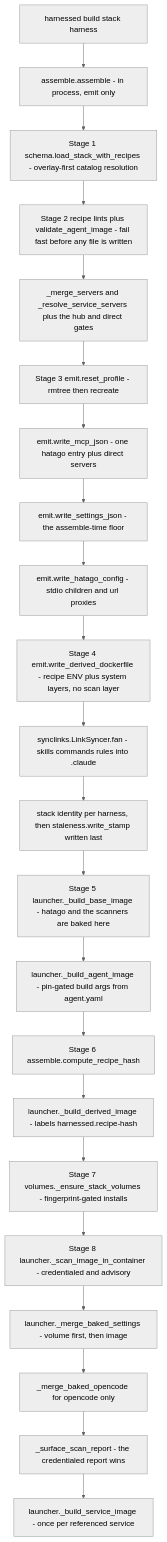
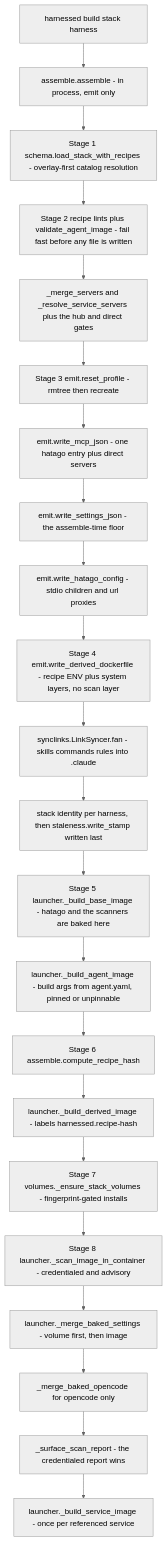
One commit to drmikecrowe/harnessed changed the diagram in openwiki/workflows/build.md. Above: the diagram before and after it, drawn with Mermaid (neutral theme). The commit also changed other lines of this file and 50 other files, not shown here.

````diff
--- a/openwiki/workflows/build.md
+++ b/openwiki/workflows/build.md
@@ -79,24 +83,24 @@
 ```mermaid
 flowchart TD
     cli["harnessed build stack harness"] --> asm["assemble.assemble - in process, emit only"]
     asm --> load["Stage 1 schema.load_stack_with_recipes - overlay-first catalog resolution"]
     load --> lint["Stage 2 recipe lints plus validate_agent_image - fail fast before any file is written"]
     lint --> srv["_merge_servers and _resolve_service_servers plus the hub and direct gates"]
     srv --> reset["Stage 3 emit.reset_profile - rmtree then recreate"]
     reset --> mcp["emit.write_mcp_json - one hatago entry plus direct servers"]
     mcp --> floor["emit.write_settings_json - the assemble-time floor"]
     floor --> hatago["emit.write_hatago_config - stdio children and url proxies"]
     hatago --> dock["Stage 4 emit.write_derived_dockerfile - recipe ENV plus system layers, no scan layer"]
     dock --> fan["synclinks.LinkSyncer.fan - skills commands rules into .claude"]
     fan --> identity["stack identity per harness, then staleness.write_stamp written last"]
     identity --> base["Stage 5 launcher._build_base_image - hatago and the scanners are baked here"]
-    base --> agent["launcher._build_agent_image - pin-gated build args from agent.yaml"]
+    base --> agent["launcher._build_agent_image - build args from agent.yaml, pinned or unpinnable"]
     agent --> rh["Stage 6 assemble.compute_recipe_hash"]
     rh --> derived["launcher._build_derived_image - labels harnessed.recipe-hash"]
     derived --> vols["Stage 7 volumes._ensure_stack_volumes - fingerprint-gated installs"]
     vols --> scan["Stage 8 launcher._scan_image_in_container - credentialed and advisory"]
     scan --> settings["launcher._merge_baked_settings - volume first, then image"]
     settings --> open["_merge_baked_opencode for opencode only"]
     open --> report["_surface_scan_report - the credentialed report wins"]
     report --> svc["launcher._build_service_image - once per referenced service"]
 ```
````
